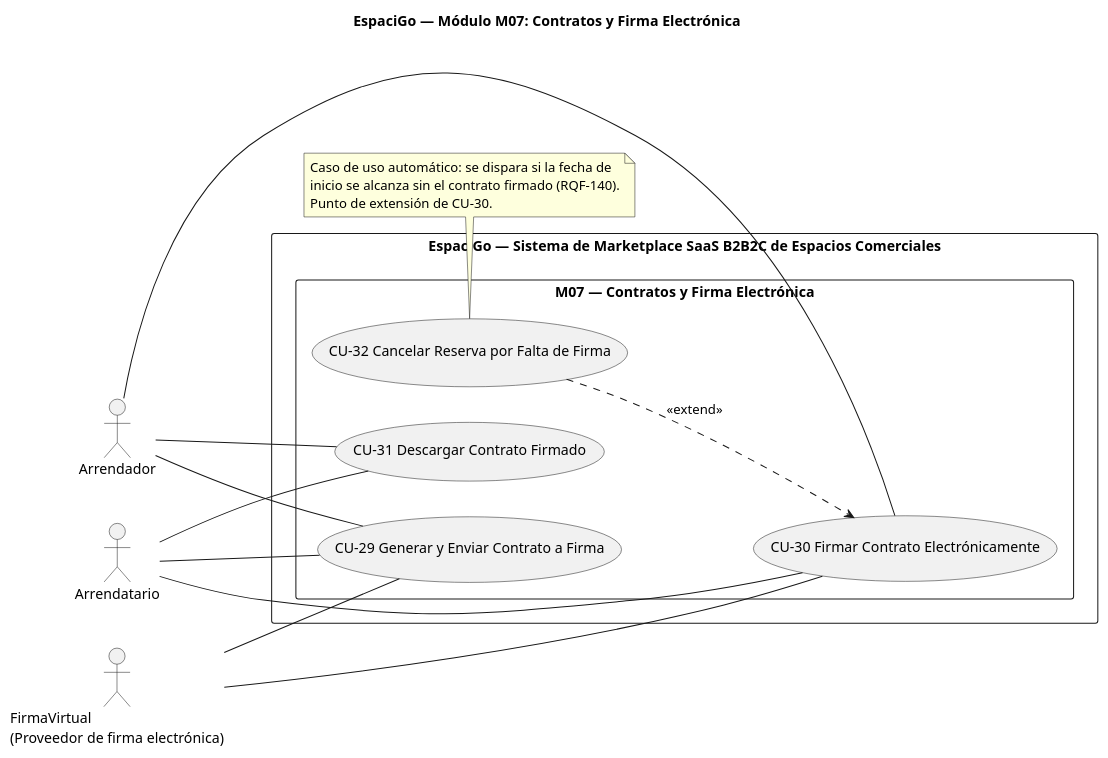
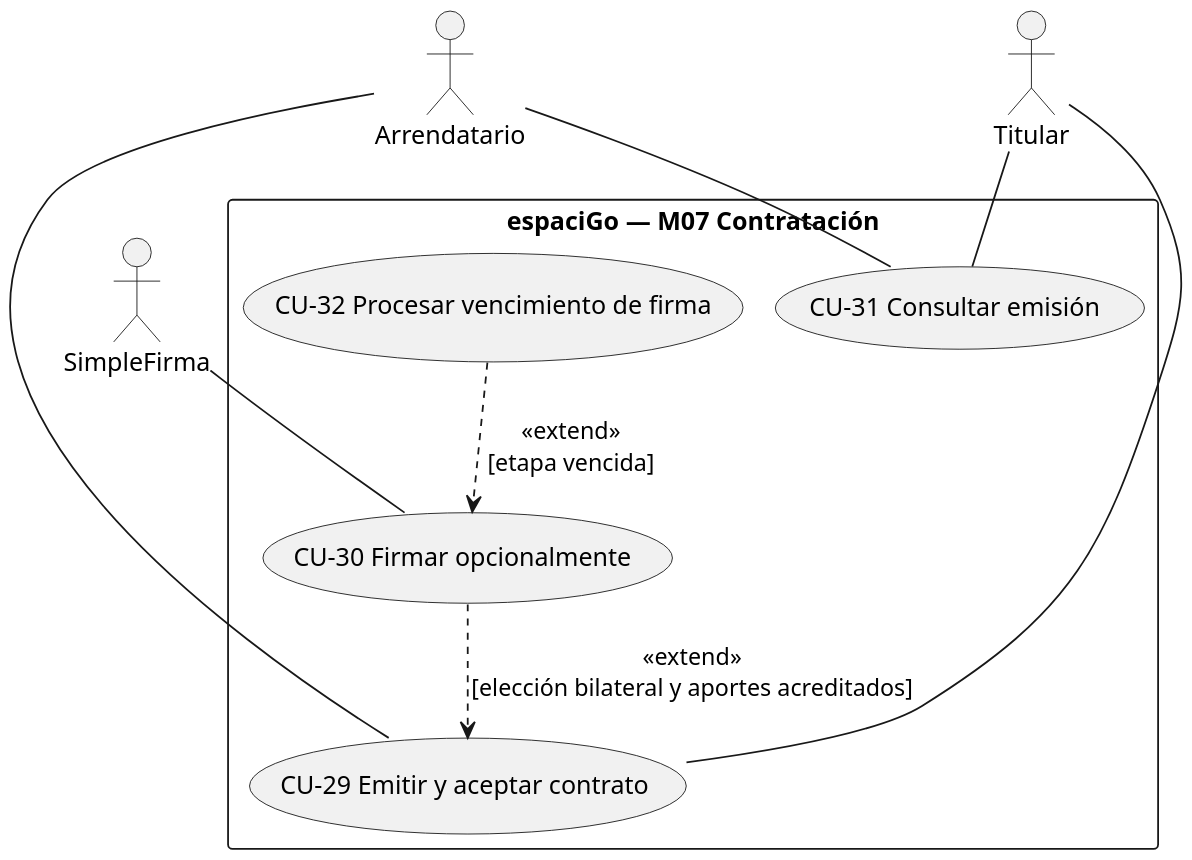
Before and after one commit to HernanEspinozaDev/proyectotitulo: the diagram in tesis_final/assets/diagramas_src/anexo_c/cu_m07_contratos_firma.puml, drawn with PlantUML. The commit also changed 75 other files, not shown here.

```diff
--- a/tesis_final/assets/diagramas_src/anexo_c/cu_m07_contratos_firma.puml
+++ b/tesis_final/assets/diagramas_src/anexo_c/cu_m07_contratos_firma.puml
@@ -1,35 +1,21 @@
 @startuml
-title EspaciGo — Módulo M07: Contratos y Firma Electrónica
-left to right direction
-skinparam packageStyle rectangle
-
-actor "Arrendador" as ARR
-actor "Arrendatario" as ARREN
-actor "FirmaVirtual\n(Proveedor de firma electrónica)" as FV
-
-rectangle "EspaciGo — Sistema de Marketplace SaaS B2B2C de Espacios Comerciales" {
-  package "M07 — Contratos y Firma Electrónica" {
-    usecase "CU-29 Generar y Enviar Contrato a Firma" as CU29
-    usecase "CU-30 Firmar Contrato Electrónicamente" as CU30
-    usecase "CU-31 Descargar Contrato Firmado" as CU31
-    usecase "CU-32 Cancelar Reserva por Falta de Firma" as CU32
-  }
+!pragma layout smetana
+skinparam shadowing false
+skinparam dpi 170
+actor "Arrendatario" as AR
+actor "Titular" as TI
+actor "SimpleFirma" as SF
+rectangle "espaciGo — M07 Contratación" {
+  usecase "CU-29 Emitir y aceptar contrato" as CU29
+  usecase "CU-30 Firmar opcionalmente" as CU30
+  usecase "CU-31 Consultar emisión" as CU31
+  usecase "CU-32 Procesar vencimiento de firma" as CU32
 }
-
-ARR -- CU29
-ARREN -- CU29
-ARR -- CU30
-ARREN -- CU30
-ARR -- CU31
-ARREN -- CU31
-FV -- CU29
-FV -- CU30
-
-CU32 ..> CU30 : <<extend>>
-
-note bottom of CU32
-  Caso de uso automático: se dispara si la fecha de
-  inicio se alcanza sin el contrato firmado (RQF-140).
-  Punto de extensión de CU-30.
-end note
+AR -- CU29
+TI -- CU29
+AR -- CU31
+TI -- CU31
+SF -- CU30
+CU30 ..> CU29 : <<extend>>\n[elección bilateral y aportes acreditados]
+CU32 ..> CU30 : <<extend>>\n[etapa vencida]
 @enduml
```
